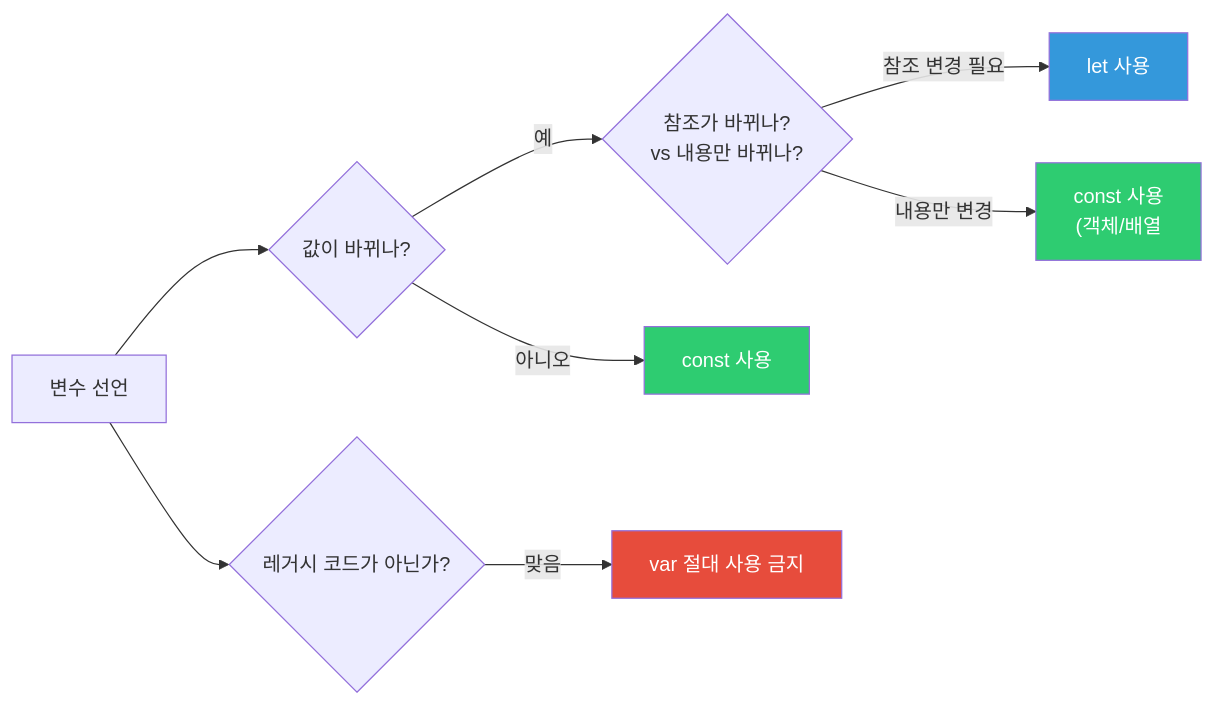
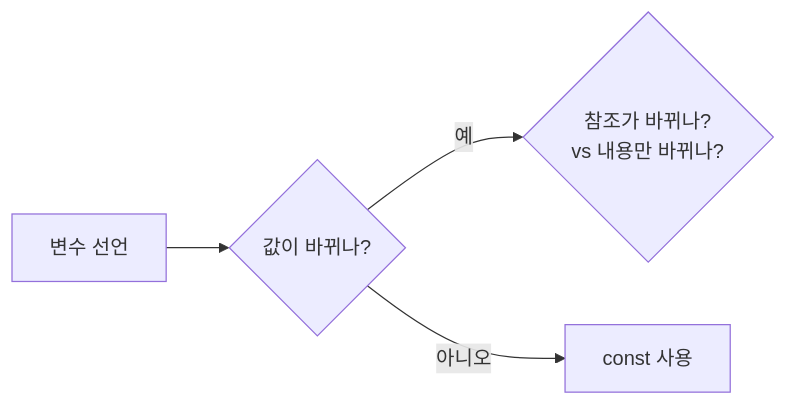
The fifth of 5 diagrams in _posts/frontend/2026-05-02-js-var-let-const.md (yjkim2015/yjkim2015.github.io), drawn with Mermaid before and after one commit. The commit also changed other lines of this file and 132 other files, not shown here.

First line of the commit message:
Mermaid 다이어그램 가독성 정리: 단순 제거, 노드 축소, TD→LR 변환

````diff
--- a/_posts/frontend/2026-05-02-js-var-let-const.md
+++ b/_posts/frontend/2026-05-02-js-var-let-const.md
@@ -365,14 +343,6 @@
 ```mermaid
 flowchart LR
     A["변수 선언"] --> B{"값이 바뀌나?"}
     B -->|"예"| C{"참조가 바뀌나?<br>vs 내용만 바뀌나?"}
     B -->|"아니오"| D["const 사용"]
-    C -->|"참조 변경 필요"| E["let 사용"]
-    C -->|"내용만 변경"| F["const 사용<br>(객체/배열"]
-    A --> G{"레거시 코드가 아닌가?"}
-    G -->|"맞음"| H["var 절대 사용 금지"]
-    style D fill:#2ecc71,color:#fff
-    style E fill:#3498db,color:#fff
-    style F fill:#2ecc71,color:#fff
-    style H fill:#e74c3c,color:#fff
 ```
````
